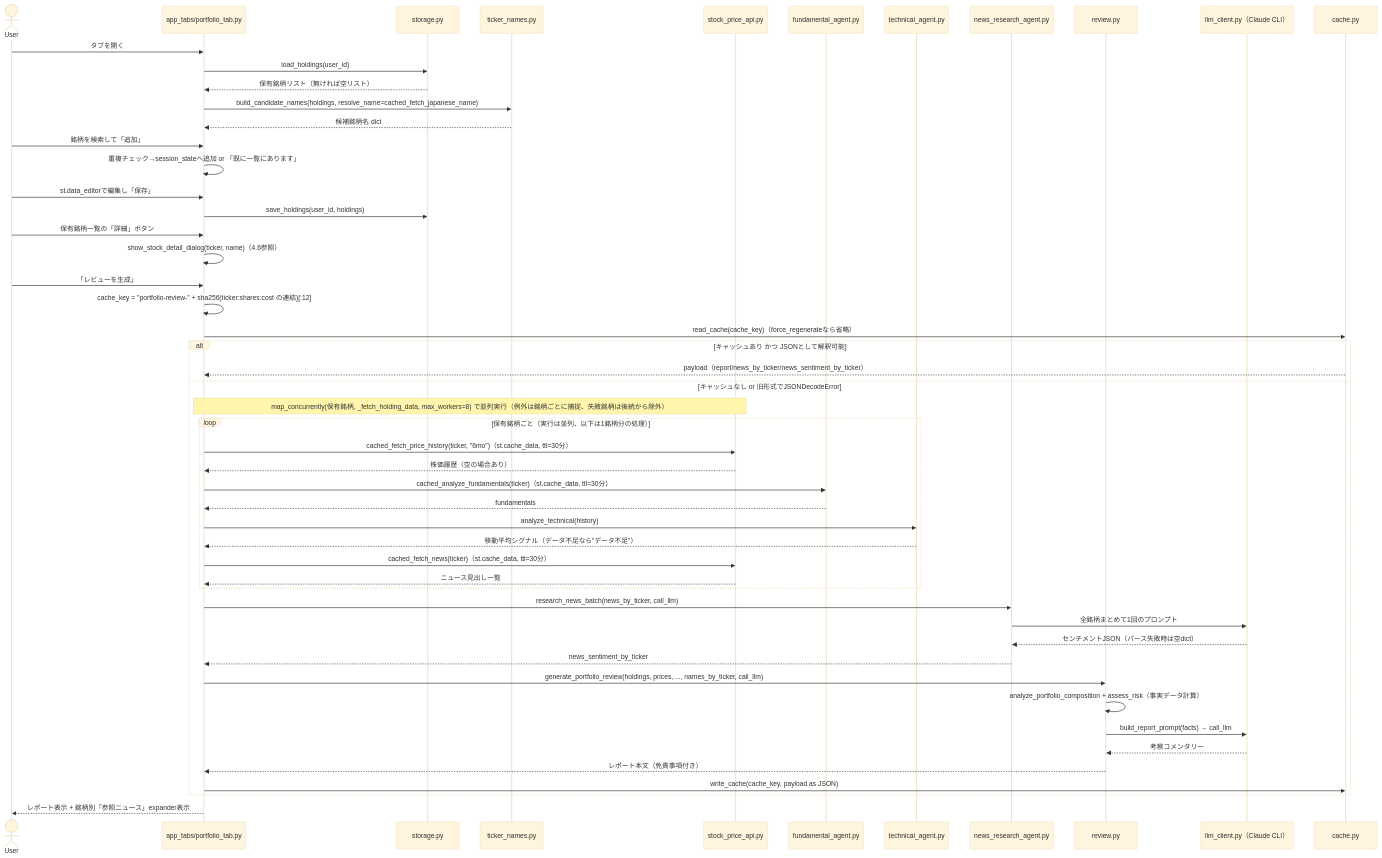
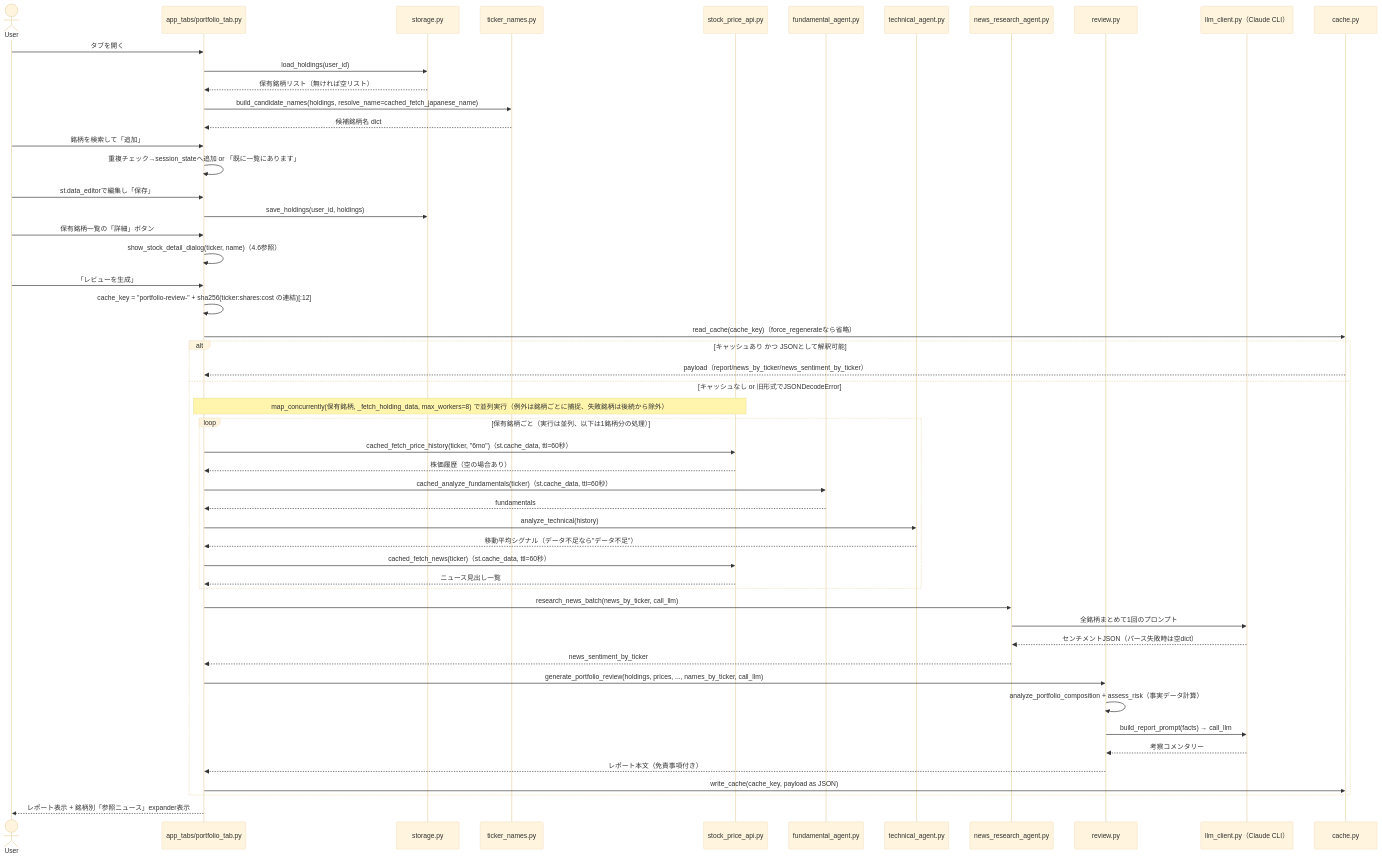
The second of 13 diagrams in app/docs/app-design.md (duwenji/ai-stock-investing-tutorial), drawn with Mermaid (base theme) before and after one commit. The commit also changed other lines of this file, not shown here.

````diff
--- a/app/docs/app-design.md
+++ b/app/docs/app-design.md
@@ -333,59 +401,59 @@
 ```mermaid
 sequenceDiagram
     actor User
     participant UI as app_tabs/portfolio_tab.py
     participant Storage as storage.py
     participant Names as ticker_names.py
     participant PriceAPI as stock_price_api.py
     participant Fund as fundamental_agent.py
     participant Tech as technical_agent.py
     participant News as news_research_agent.py
     participant Review as review.py
     participant LLM as llm_client.py（Claude CLI）
     participant Cache as cache.py
 
     User->>UI: タブを開く
     UI->>Storage: load_holdings(user_id)
     Storage-->>UI: 保有銘柄リスト（無ければ空リスト）
     UI->>Names: build_candidate_names(holdings, resolve_name=cached_fetch_japanese_name)
     Names-->>UI: 候補銘柄名 dict
 
     User->>UI: 銘柄を検索して「追加」
     UI->>UI: 重複チェック→session_stateへ追加 or 「既に一覧にあります」
 
     User->>UI: st.data_editorで編集し「保存」
     UI->>Storage: save_holdings(user_id, holdings)
 
     User->>UI: 保有銘柄一覧の「詳細」ボタン
     UI->>UI: show_stock_detail_dialog(ticker, name)（4.6参照）
 
     User->>UI: 「レビューを生成」
     UI->>UI: cache_key = "portfolio-review-" + sha256(ticker:shares:cost の連結)[:12]
     UI->>Cache: read_cache(cache_key)（force_regenerateなら省略）
     alt キャッシュあり かつ JSONとして解釈可能
         Cache-->>UI: payload（report/news_by_ticker/news_sentiment_by_ticker）
     else キャッシュなし or 旧形式でJSONDecodeError
         Note over UI,PriceAPI: map_concurrently(保有銘柄, _fetch_holding_data, max_workers=8) で並列実行（例外は銘柄ごとに捕捉、失敗銘柄は後続から除外）
         loop 保有銘柄ごと（実行は並列、以下は1銘柄分の処理）
-            UI->>PriceAPI: cached_fetch_price_history(ticker, "6mo")（st.cache_data, ttl=30分）
+            UI->>PriceAPI: cached_fetch_price_history(ticker, "6mo")（st.cache_data, ttl=60秒）
             PriceAPI-->>UI: 株価履歴（空の場合あり）
-            UI->>Fund: cached_analyze_fundamentals(ticker)（st.cache_data, ttl=30分）
+            UI->>Fund: cached_analyze_fundamentals(ticker)（st.cache_data, ttl=60秒）
             Fund-->>UI: fundamentals
             UI->>Tech: analyze_technical(history)
             Tech-->>UI: 移動平均シグナル（データ不足なら"データ不足"）
-            UI->>PriceAPI: cached_fetch_news(ticker)（st.cache_data, ttl=30分）
+            UI->>PriceAPI: cached_fetch_news(ticker)（st.cache_data, ttl=60秒）
             PriceAPI-->>UI: ニュース見出し一覧
         end
         UI->>News: research_news_batch(news_by_ticker, call_llm)
         News->>LLM: 全銘柄まとめて1回のプロンプト
         LLM-->>News: センチメントJSON（パース失敗時は空dict）
         News-->>UI: news_sentiment_by_ticker
         UI->>Review: generate_portfolio_review(holdings, prices, ..., names_by_ticker, call_llm)
         Review->>Review: analyze_portfolio_composition + assess_risk（事実データ計算）
         Review->>LLM: build_report_prompt(facts) → call_llm
         LLM-->>Review: 考察コメンタリー
         Review-->>UI: レポート本文（免責事項付き）
         UI->>Cache: write_cache(cache_key, payload as JSON)
     end
     UI-->>User: レポート表示 + 銘柄別「参照ニュース」expander表示
 ```
````
